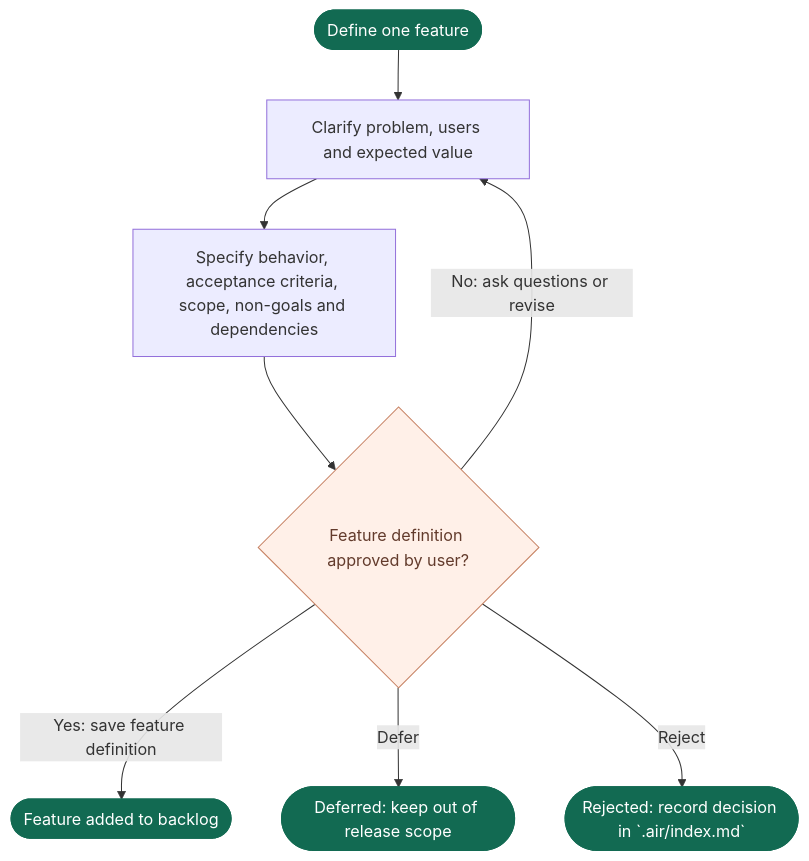
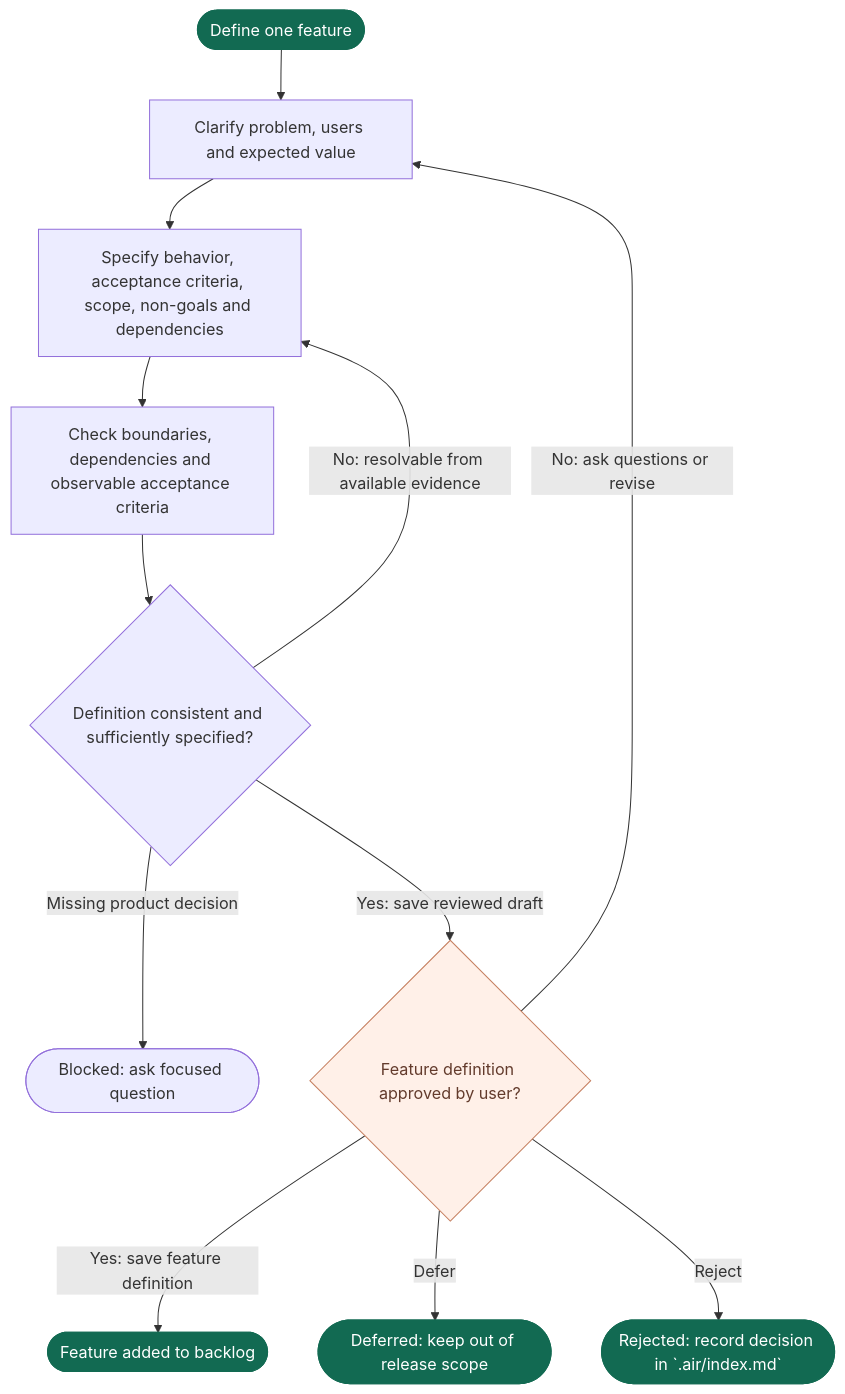
Before and after one commit to vanlangenlabs/vanlangenlabs-site: the diagram in docs/airflow/flows/definition.mmd, drawn with Mermaid. The commit also changed 12 other files, not shown here.

Commit message:
refactor(airflow): load phase criteria incrementally

```diff
--- a/docs/airflow/flows/definition.mmd
+++ b/docs/airflow/flows/definition.mmd
@@ -1,24 +1,34 @@
 flowchart TD
     start([Define one feature]) --> clarify[Clarify problem, users and expected value]
     clarify --> specify[Specify behavior, acceptance criteria, scope, non-goals and dependencies]
 %% @airflow-context specify
 %% Write one independently deliverable feature Definition using the canonical
 %% template in the record contract. Make acceptance criteria observable and
 %% testable; record dependencies, constraints, non-goals and unresolved questions.
 %% @end-airflow-context
-    specify --> definitionApproval{Feature definition approved by user?}
+    specify --> review[Check boundaries, dependencies and observable acceptance criteria]
+    review --> quality{Definition consistent and sufficiently specified?}
+    quality -- No: resolvable from available evidence --> specify
+    quality -- Missing product decision --> blocked([Blocked: ask focused question])
+    quality -- Yes: save reviewed draft --> definitionApproval{Feature definition approved by user?}
+%% @airflow-context review
+%% Resolve omissions from existing approved context where possible. Ensure each
+%% acceptance criterion is observable, scope/non-goals agree, dependencies are
+%% explicit and no unresolved question prevents design. Never invent requirements
+%% or ask the human to perform this completeness check for the AI.
+%% @end-airflow-context
     definitionApproval -- No: ask questions or revise --> clarify
     definitionApproval -- Yes: save feature definition --> definitionReady([Feature added to backlog])
     definitionApproval -- Defer --> deferred([Deferred: keep out of release scope])
     definitionApproval -- Reject --> rejected([Rejected: record decision in `.air/index.md`])
 %% @airflow-context definitionApproval
 %% Only an explicit user decision moves a feature into the approved backlog. Bind
 %% approval to the exact Definition digest and record its evidence in `.air/index.md`
 %% using the contract's Approval evidence section. Defer/reject decisions are
 %% recorded but never included in a release scope.
 %% @end-airflow-context
 
     classDef boundary fill:#126a52,color:#ffffff,stroke:#126a52
     classDef approval fill:#fff0e8,color:#633b2c,stroke:#c68162
     class start,definitionReady,deferred,rejected boundary
     class definitionApproval approval
```
